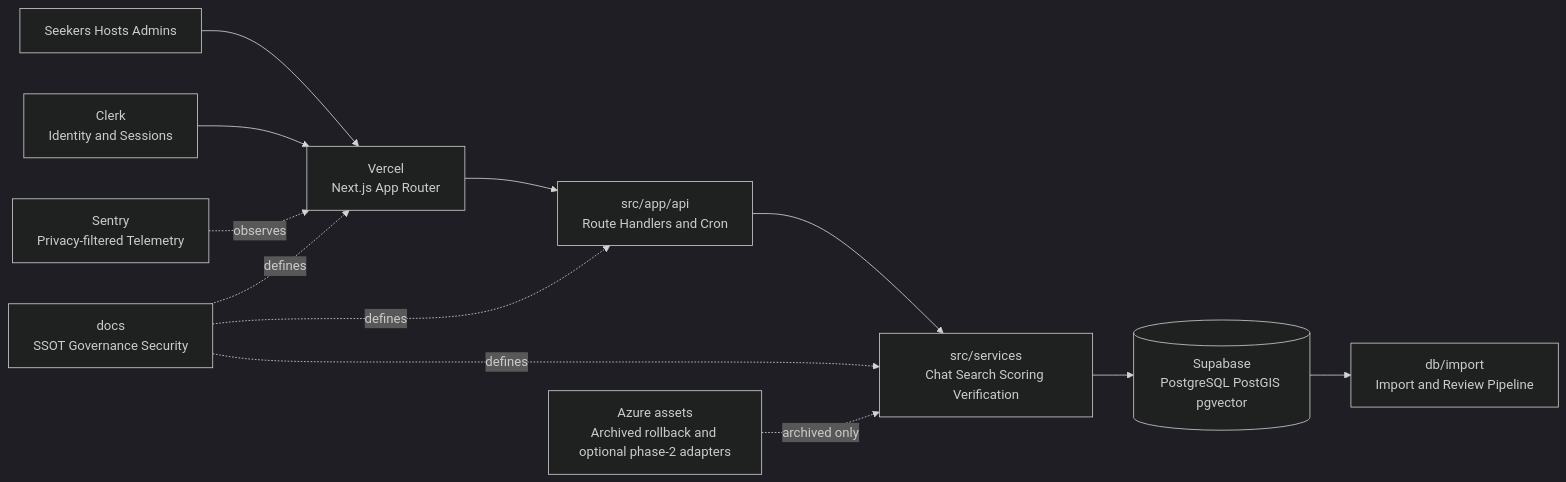
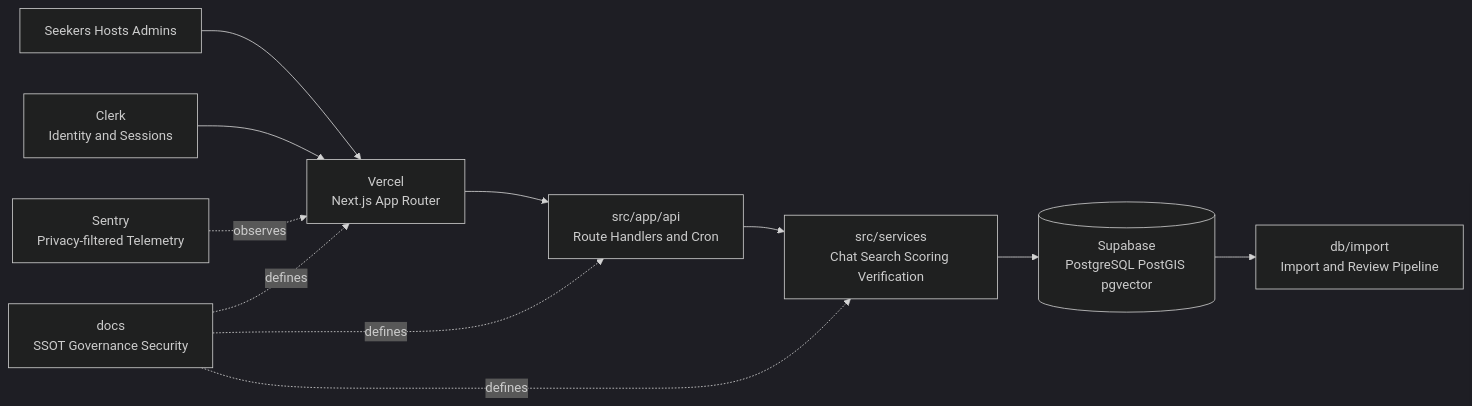
One commit to AutomatedEmpires/Open-Resource-Access-Network changed the diagram in README.md. Above: the diagram before and after it, drawn with Mermaid (dark theme). The commit also changed other lines of this file and 253 other files, not shown here.

````diff
--- a/README.md
+++ b/README.md
@@ -164,14 +164,13 @@
 ```mermaid
 flowchart LR
     U[Seekers Hosts Admins] --> V[Vercel<br/>Next.js App Router]
     V --> API[src/app/api<br/>Route Handlers and Cron]
     API --> S[src/services<br/>Chat Search Scoring Verification]
     S --> D[(Supabase<br/>PostgreSQL PostGIS pgvector)]
     D --> I[db/import<br/>Import and Review Pipeline]
     C[Clerk<br/>Identity and Sessions] --> V
     T[Sentry<br/>Privacy-filtered Telemetry] -.observes.-> V
     G[docs<br/>SSOT Governance Security] -.defines.-> V
     G -.defines.-> API
     G -.defines.-> S
-    L[Azure assets<br/>Archived rollback and optional phase-2 adapters] -.archived only.-> S
 ```
````
